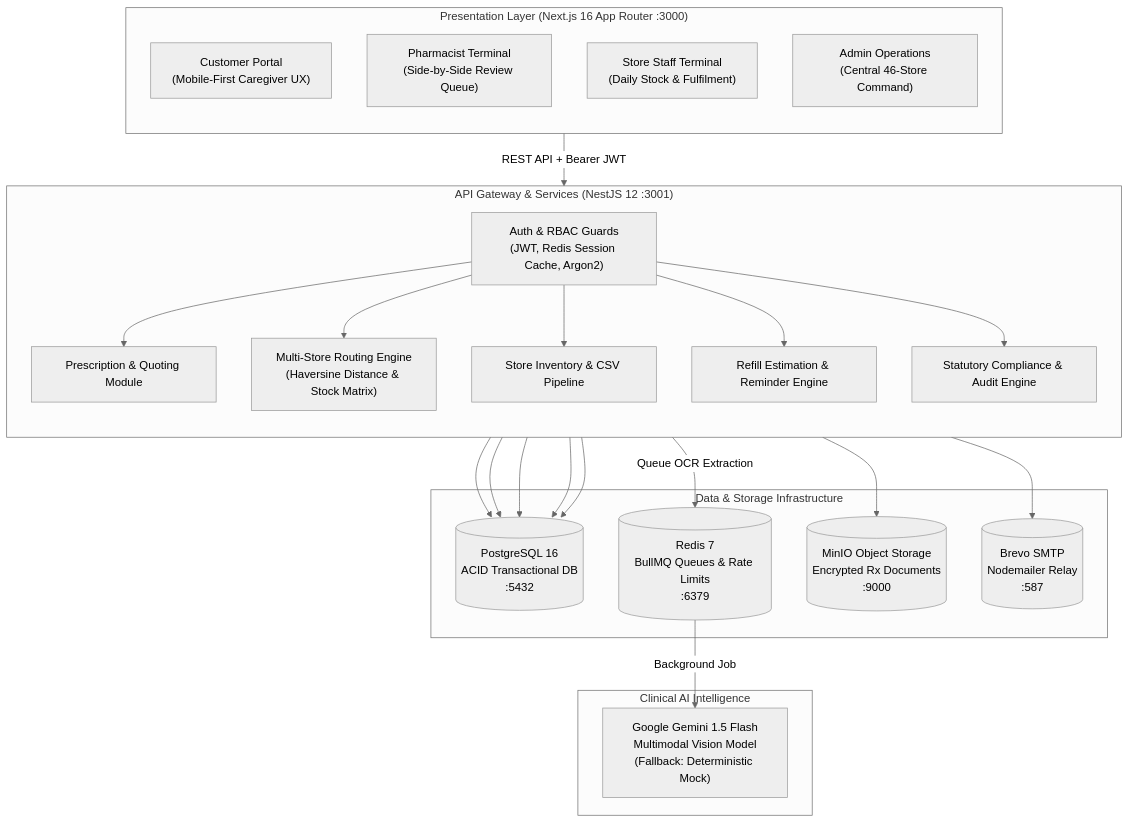
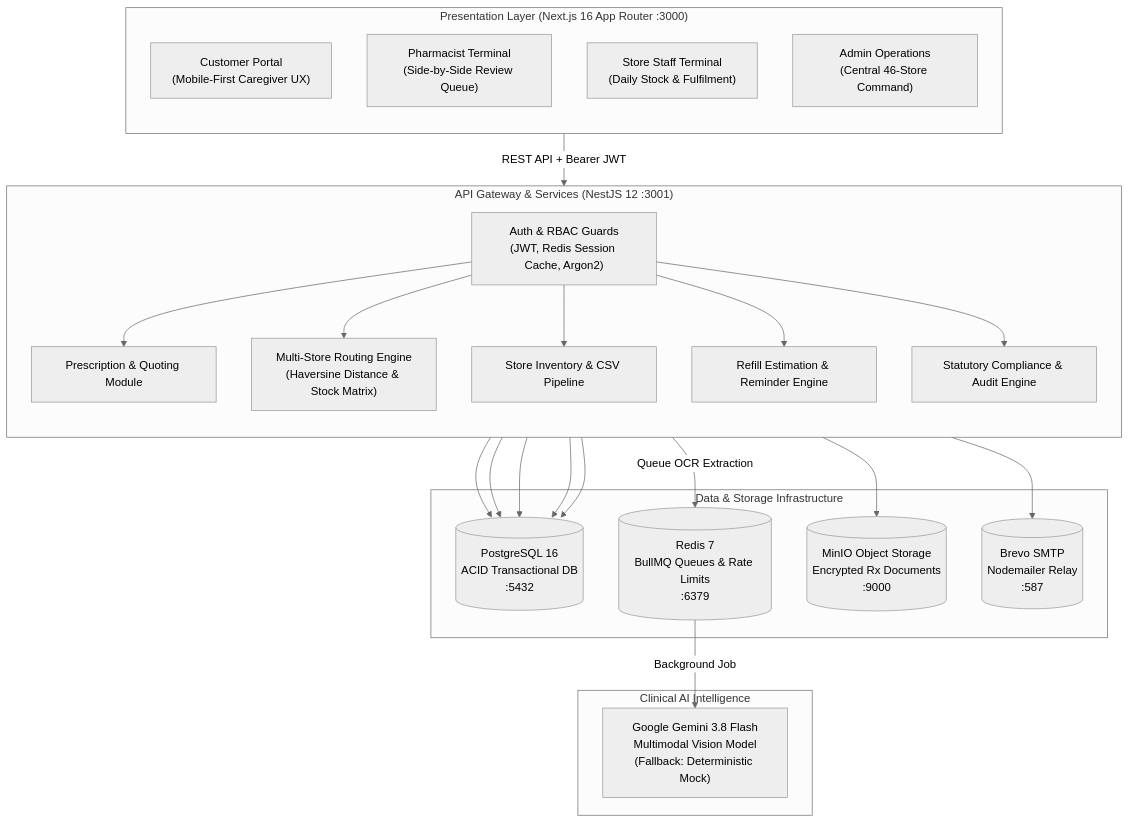
One commit to Anujanthwal-dotcom/assignment-isocode-labs changed the second of 9 diagrams in technical_design_document.md. Above: the diagram before and after it, drawn with Mermaid (neutral theme). The commit also changed other lines of this file and 4 other files, not shown here.

Commit message:
docs: align Gemini model references across architecture and deployment docs

````diff
--- a/technical_design_document.md
+++ b/technical_design_document.md
@@ -152,49 +152,49 @@
 ```mermaid
 flowchart TB
     subgraph PresentationLayer["Presentation Layer (Next.js 16 App Router :3000)"]
         direction TB
         CP["Customer Portal\n(Mobile-First Caregiver UX)"]
         PP["Pharmacist Terminal\n(Side-by-Side Review Queue)"]
         SP["Store Staff Terminal\n(Daily Stock & Fulfilment)"]
         AP["Admin Operations\n(Central 46-Store Command)"]
     end
 
     subgraph GatewayLayer["API Gateway & Services (NestJS 12 :3001)"]
         direction TB
         Auth["Auth & RBAC Guards\n(JWT, Redis Session Cache, Argon2)"]
         RxService["Prescription & Quoting Module"]
         RouteService["Multi-Store Routing Engine\n(Haversine Distance & Stock Matrix)"]
         InvService["Store Inventory & CSV Pipeline"]
         RefillService["Refill Estimation & Reminder Engine"]
         CompService["Statutory Compliance & Audit Engine"]
     end
 
     subgraph DataStorageLayer["Data & Storage Infrastructure"]
         Postgres[("PostgreSQL 16\nACID Transactional DB\n:5432")]
         RedisQueue[("Redis 7\nBullMQ Queues & Rate Limits\n:6379")]
         MinIOS3[("MinIO Object Storage\nEncrypted Rx Documents\n:9000")]
         BrevoSMTP[("Brevo SMTP\nNodemailer Relay\n:587")]
     end
 
     subgraph ExternalIntelligence["Clinical AI Intelligence"]
-        GeminiVision["Google Gemini 1.5 Flash\nMultimodal Vision Model\n(Fallback: Deterministic Mock)"]
+        GeminiVision["Google Gemini 3.8 Flash\nMultimodal Vision Model\n(Fallback: Deterministic Mock)"]
     end
 
     PresentationLayer -->|REST API + Bearer JWT| Auth
     Auth --> RxService
     Auth --> RouteService
     Auth --> InvService
     Auth --> RefillService
     Auth --> CompService
 
     RxService --> Postgres
     RxService --> MinIOS3
     RxService -->|Queue OCR Extraction| RedisQueue
     RedisQueue -->|Background Job| GeminiVision
 
     RouteService --> Postgres
     InvService --> Postgres
     RefillService --> Postgres
     CompService --> Postgres
     Auth --> BrevoSMTP
 ```
````
